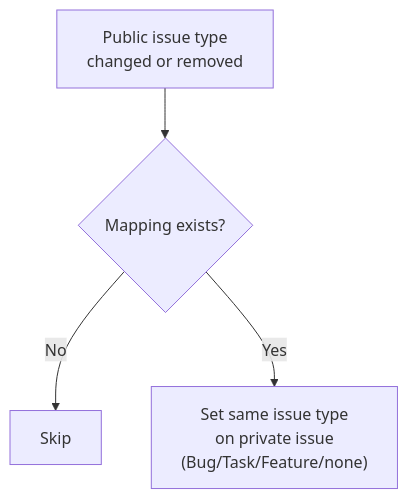
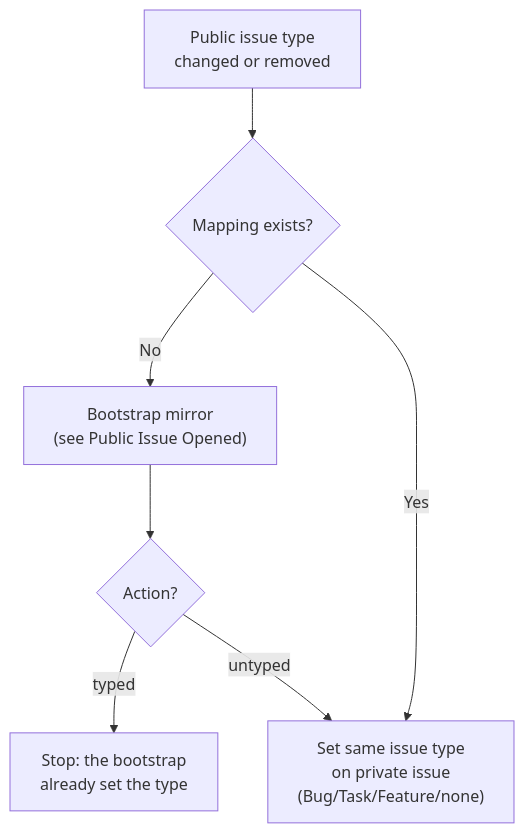
One commit to Magma-Maths/lyrebird changed the tenth of 16 diagrams in FLOWS.md. Above: the diagram before and after it, drawn with Mermaid. The commit also changed other lines of this file, not shown here.

First line of the commit message:
docs(flows): match the public-event diagrams to the real call graph

````diff
--- a/FLOWS.md
+++ b/FLOWS.md
@@ -130,6 +136,9 @@
 ```mermaid
 flowchart TD
     A["Public issue type<br/>changed or removed"] --> B{"Mapping exists?"}
-    B -- No --> Z["Skip"]
+    B -- No --> BA["Bootstrap mirror<br/>(see Public Issue Opened)"]
+    BA --> BB{"Action?"}
+    BB -- typed --> Z["Stop: the bootstrap<br/>already set the type"]
+    BB -- untyped --> C
     B -- Yes --> C["Set same issue type<br/>on private issue<br/>(Bug/Task/Feature/none)"]
 ```
````
